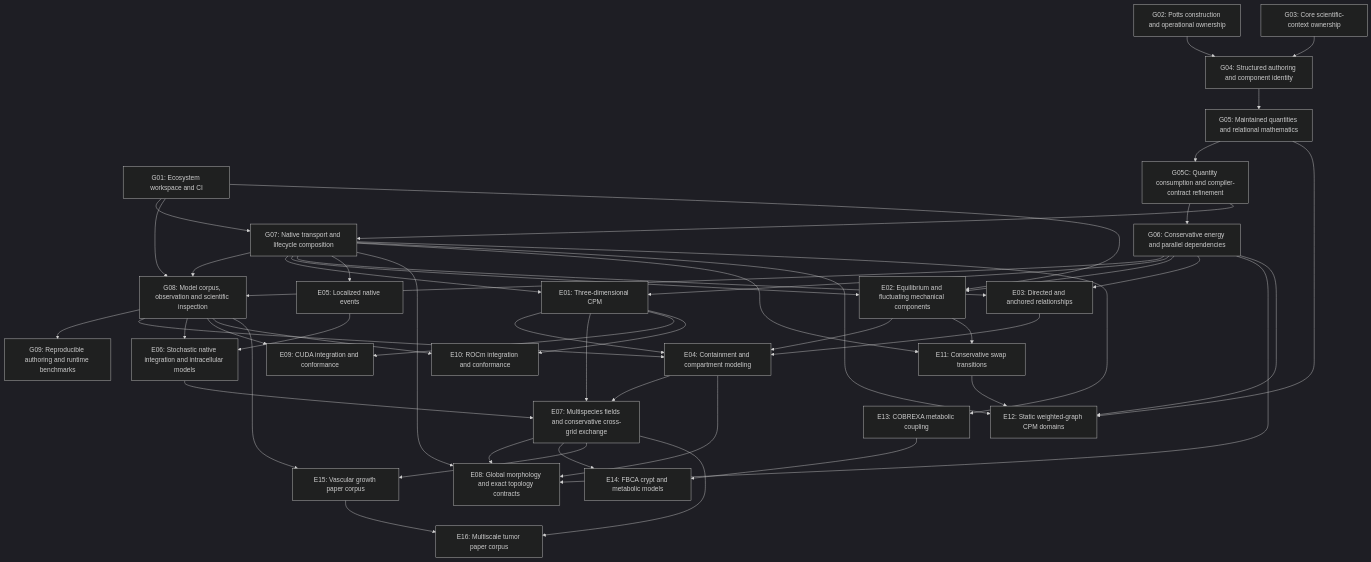
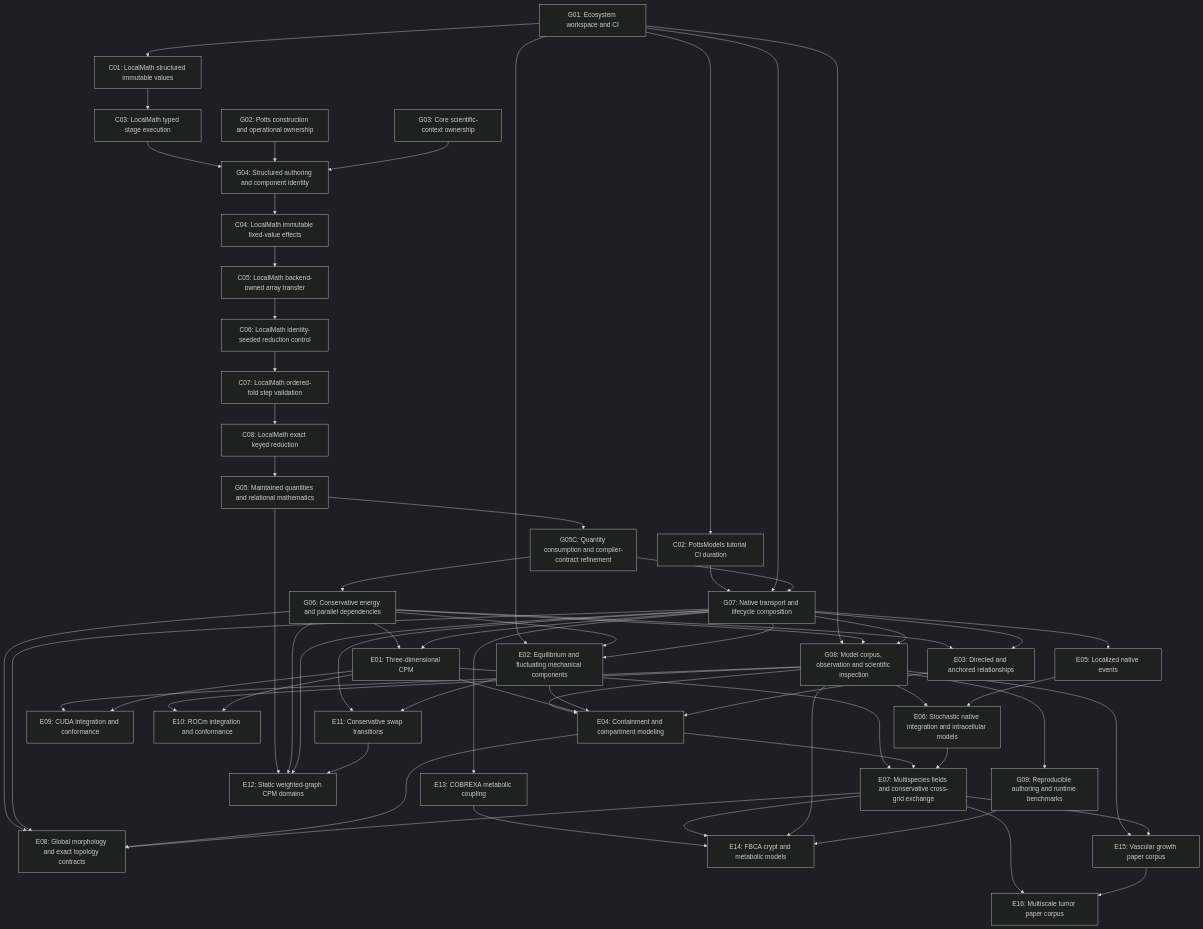
The diagram in design/consolidated-pr-dependency-map.md (PraneethMerugu/Potts.jl), drawn with Mermaid (dark theme) before and after one commit. The commit also changed other lines of this file and 4 other files, not shown here.

```diff
--- a/design/consolidated-pr-dependency-map.md
+++ b/design/consolidated-pr-dependency-map.md
@@ -675,6 +692,14 @@
   G07["G07: Native transport and lifecycle composition"]
   G08["G08: Model corpus, observation and scientific inspection"]
   G09["G09: Reproducible authoring and runtime benchmarks"]
+  C01["C01: LocalMath structured immutable values"]
+  C02["C02: PottsModels tutorial CI duration"]
+  C03["C03: LocalMath typed stage execution"]
+  C04["C04: LocalMath immutable fixed-value effects"]
+  C05["C05: LocalMath backend-owned array transfer"]
+  C06["C06: LocalMath identity-seeded reduction control"]
+  C07["C07: LocalMath ordered-fold step validation"]
+  C08["C08: LocalMath exact keyed reduction"]
   E01["E01: Three-dimensional CPM"]
   E02["E02: Equilibrium and fluctuating mechanical components"]
   E03["E03: Directed and anchored relationships"]
@@ -691,9 +716,19 @@
   E14["E14: FBCA crypt and metabolic models"]
   E15["E15: Vascular growth paper corpus"]
   E16["E16: Multiscale tumor paper corpus"]
+  G01 --> C01
+  C01 --> C03
+  C03 --> G04
+  G01 --> C02
+  C02 --> G07
   G02 --> G04
   G03 --> G04
-  G04 --> G05
+  G04 --> C04
+  C04 --> C05
+  C05 --> C06
+  C06 --> C07
+  C07 --> C08
+  C08 --> G05
   G05 --> G05C
   G05C --> G06
   G01 --> G07
@@ -736,6 +771,8 @@
   G07 --> E13
   E13 --> E14
   E07 --> E14
+  G08 --> E14
+  G09 --> E14
   G08 --> E15
   E07 --> E15
   E07 --> E16
```
